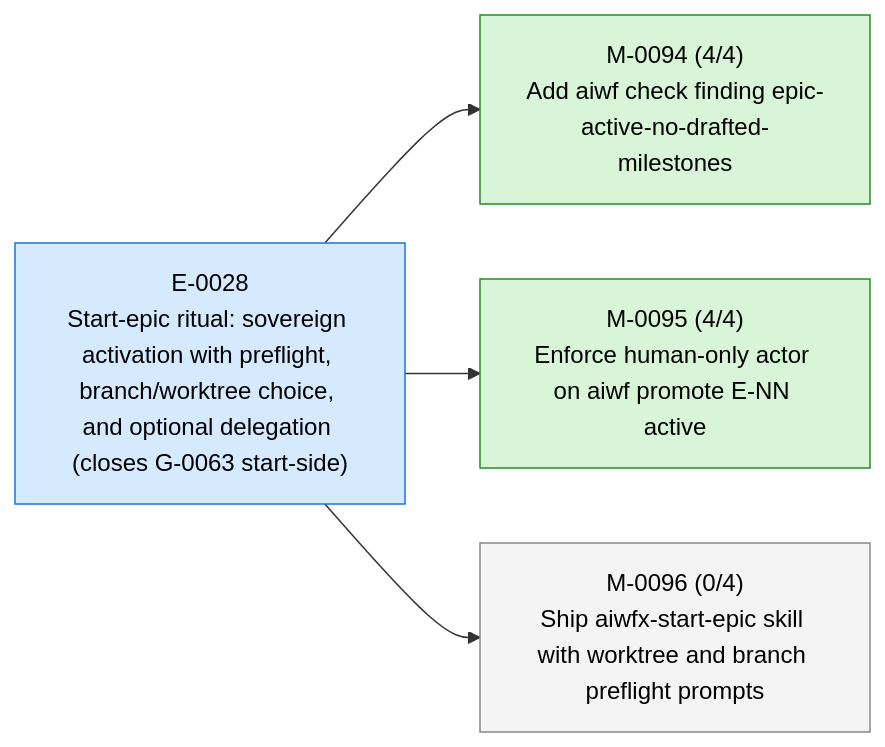
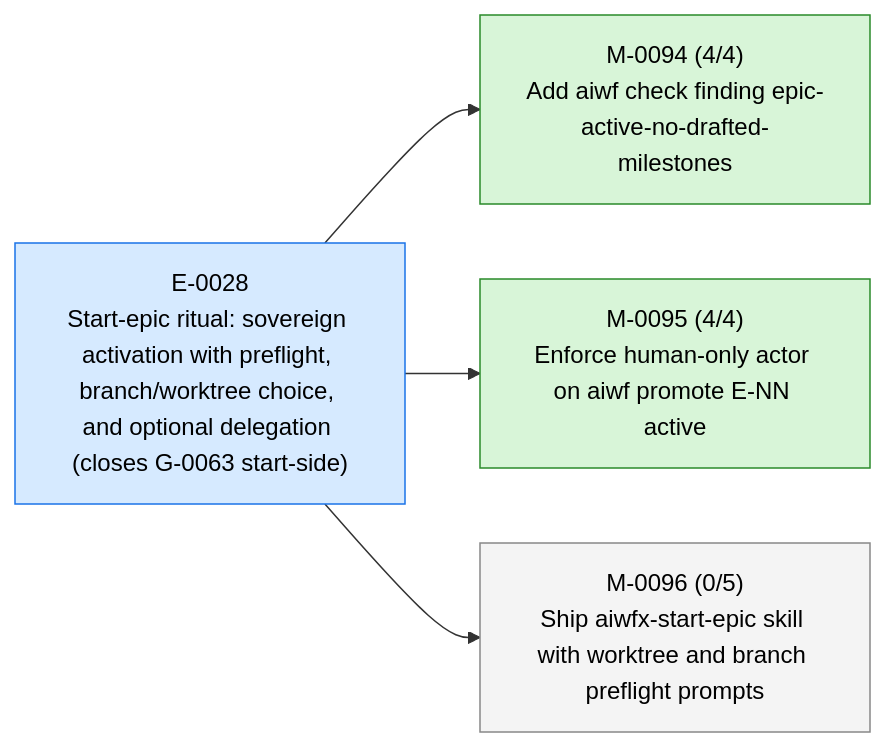
One commit to 23min/aiwf changed the first of 3 diagrams in STATUS.md. Above: the diagram before and after it, drawn with Mermaid. The commit also changed other lines of this file and 1 other file, not shown here.

````diff
--- a/STATUS.md
+++ b/STATUS.md
@@ -15,16 +15,16 @@
 ```mermaid
 flowchart LR
   E_0028["E-0028<br/>Start-epic ritual: sovereign activation with preflight, branch/worktree choice, and optional delegation (closes G-0063 start-side)"]:::epic_active
   M_0094["M-0094 (4/4)<br/>Add aiwf check finding epic-active-no-drafted-milestones"]:::ms_done
   E_0028 --> M_0094
   M_0095["M-0095 (4/4)<br/>Enforce human-only actor on aiwf promote E-NN active"]:::ms_done
   E_0028 --> M_0095
-  M_0096["M-0096 (0/4)<br/>Ship aiwfx-start-epic skill with worktree and branch preflight prompts"]:::ms_draft
+  M_0096["M-0096 (0/5)<br/>Ship aiwfx-start-epic skill with worktree and branch preflight prompts"]:::ms_draft
   E_0028 --> M_0096
   classDef epic_active fill:#d6eaff,stroke:#1a73e8,color:#000
   classDef epic_proposed fill:#f4f4f4,stroke:#888,color:#000
   classDef ms_done fill:#d8f5d8,stroke:#2a8a2a,color:#000
   classDef ms_in_progress fill:#fff3c4,stroke:#caa400,color:#000
   classDef ms_draft fill:#f4f4f4,stroke:#888,color:#000
   classDef ms_cancelled fill:#fbeaea,stroke:#c33,color:#000
 ```
````
